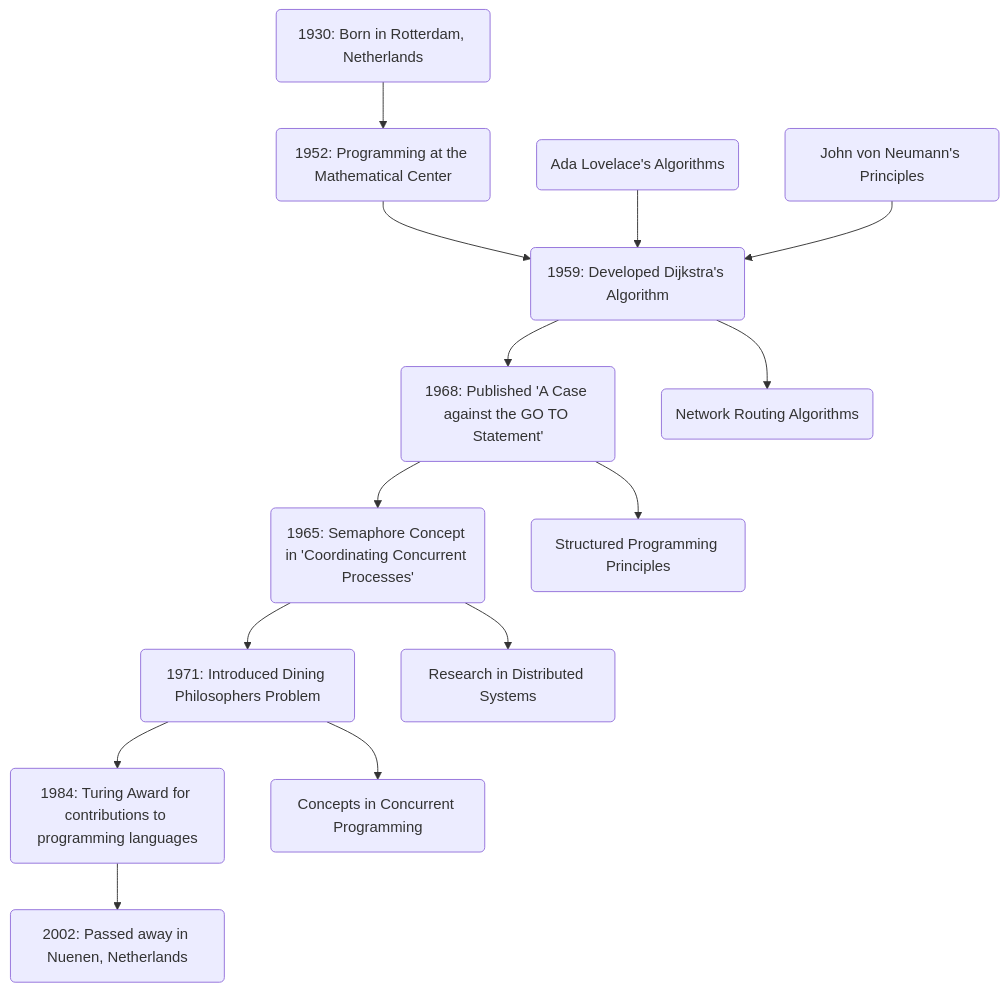
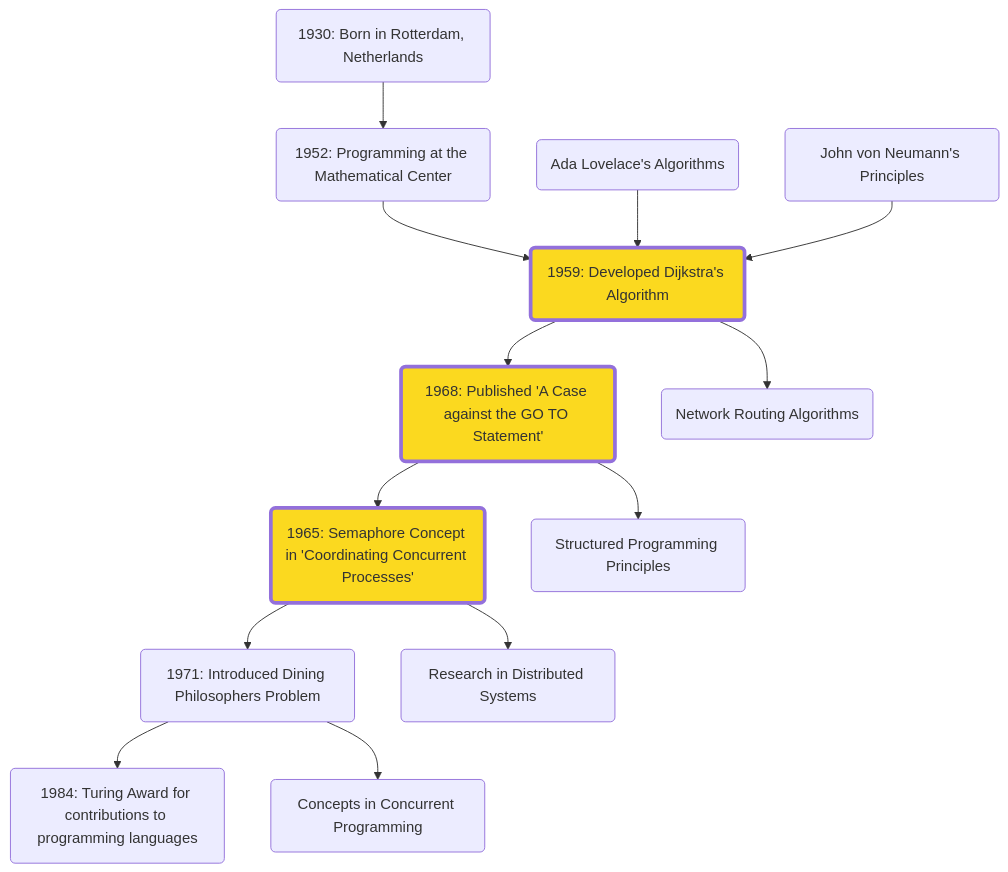
One commit to Furkanzmc/cppnorth-2024-shoulders-we-stand-on changed the fourth of 4 diagrams in pages/act-2.md. Above: the diagram before and after it, drawn with Mermaid. The commit also changed other lines of this file and 2 other files, not shown here.

````diff
--- a/pages/act-2.md
+++ b/pages/act-2.md
@@ -65,21 +261,26 @@
 ```mermaid {theme: 'neutral', scale: 0.5}
 graph TD
     %% Edsger W. Dijkstra's life
     A(1930: Born in Rotterdam, Netherlands) --> B(1952: Programming at the Mathematical Center)
     B --> C(1959: Developed Dijkstra's Algorithm)
     C --> D(1968: Published 'A Case against the GO TO Statement')
     D --> E(1965: Semaphore Concept in 'Coordinating Concurrent Processes')
     E --> F(1971: Introduced Dining Philosophers Problem)
     F --> G(1984: Turing Award for contributions to programming languages)
-    G --> H(2002: Passed away in Nuenen, Netherlands)
 
     %% Influences on Dijkstra
     X1(Ada Lovelace's Algorithms) --> C
     X2(John von Neumann's Principles) --> C
 
     %% Dijkstra's influences on others
     C --> Y1(Network Routing Algorithms)
     D --> Y2(Structured Programming Principles)
     E --> Y3(Research in Distributed Systems)
     F --> Y4(Concepts in Concurrent Programming)
+
+    classDef highlight fill:#fbd91f,stroke:#33,stroke-width:4px;
+    
+    class C highlight;
+    class D highlight;
+    class E highlight;
 ```
````
